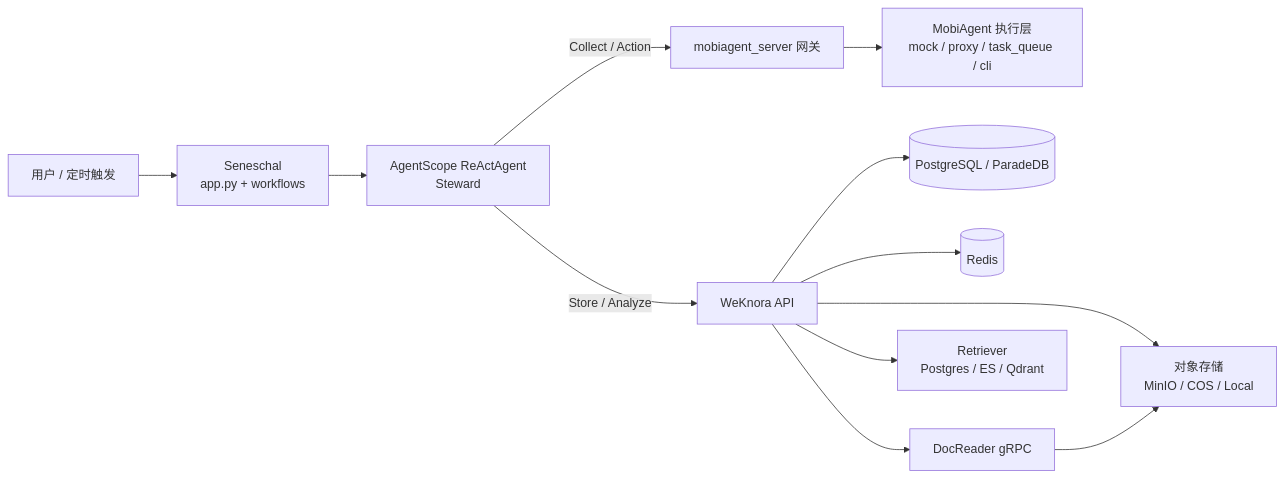
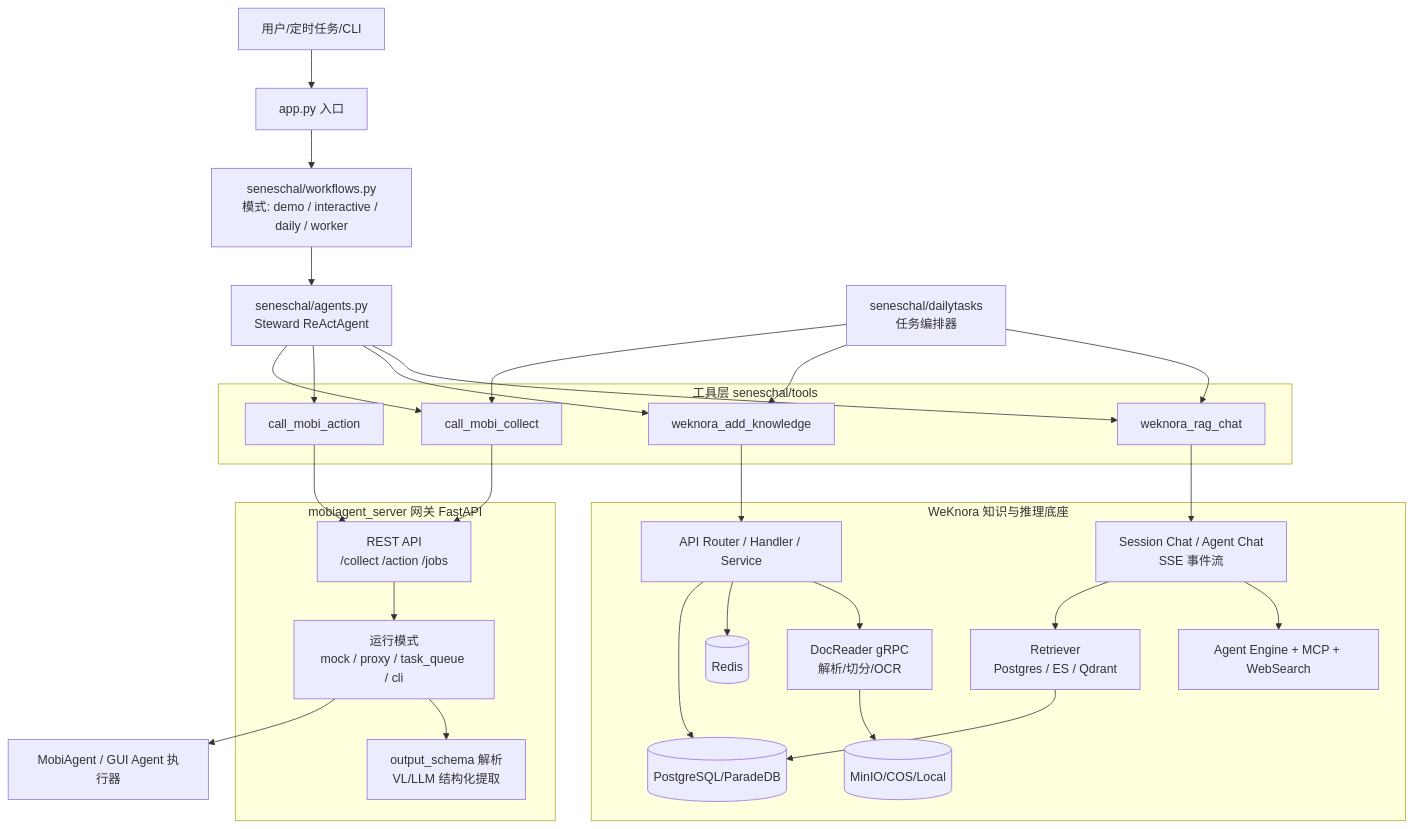
Before and after one commit to IPADS-SAI/MobiClaw: the diagram in README.md, drawn with Mermaid. The commit also changed other lines of this file and 1 other file, not shown here.

Commit message:
docs: 更新README并新增详细架构图文档

````diff
--- a/README.md
+++ b/README.md
@@ -9,17 +9,62 @@
 ```mermaid
-flowchart LR
-    U[用户 / 定时触发] --> S[Seneschal<br/>app.py + workflows]
-    S --> A[AgentScope ReActAgent<br/>Steward]
+flowchart TB
+    U[用户/定时任务/CLI] --> APP[app.py 入口]
+    APP --> WF[seneschal/workflows.py
+模式: demo / interactive / daily / worker]
+    WF --> AG[seneschal/agents.py
+Steward ReActAgent]
 
-    A -->|Collect / Action| G[mobiagent_server 网关]
-    G --> M[MobiAgent 执行层<br/>mock / proxy / task_queue / cli]
+    subgraph ToolLayer[工具层 seneschal/tools]
+      MT1[call_mobi_collect]
+      MT2[call_mobi_action]
+      WT1[weknora_add_knowledge]
+      WT2[weknora_rag_chat]
+    end
 
-    A -->|Store / Analyze| W[WeKnora API]
-    W --> P[(PostgreSQL / ParadeDB)]
-    W --> R[(Redis)]
-    W --> D[DocReader gRPC]
-    W --> V[Retriever<br/>Postgres / ES / Qdrant]
-    W --> O[对象存储<br/>MinIO / COS / Local]
+    AG --> MT1
+    AG --> MT2
+    AG --> WT1
+    AG --> WT2
 
-    D --> O
+    subgraph MobiGateway[mobiagent_server 网关 FastAPI]
+      API[REST API
+/collect /action /jobs]
+      MODE[运行模式
+mock / proxy / task_queue / cli]
+      PARSE[output_schema 解析
+VL/LLM 结构化提取]
+    end
+
+    MT1 --> API
+    MT2 --> API
+    API --> MODE --> MA[MobiAgent / GUI Agent 执行器]
+    MODE --> PARSE
+
+    subgraph WeKnora[WeKnora 知识与推理底座]
+      WKAPI[API Router / Handler / Service]
+      CHAT[Session Chat / Agent Chat
+SSE 事件流]
+      RET[Retriever
+Postgres / ES / Qdrant]
+      DOC[DocReader gRPC
+解析/切分/OCR]
+      STORE[(PostgreSQL/ParadeDB)]
+      REDIS[(Redis)]
+      OBJ[(MinIO/COS/Local)]
+      ENG[Agent Engine + MCP + WebSearch]
+    end
+
+    WT1 --> WKAPI
+    WT2 --> CHAT
+    WKAPI --> STORE
+    WKAPI --> REDIS
+    WKAPI --> DOC --> OBJ
+    CHAT --> RET
+    CHAT --> ENG
+    RET --> STORE
+
+    DL[seneschal/dailytasks
+任务编排器] --> MT1
+    DL --> WT1
+    DL --> WT2
 ```
````
